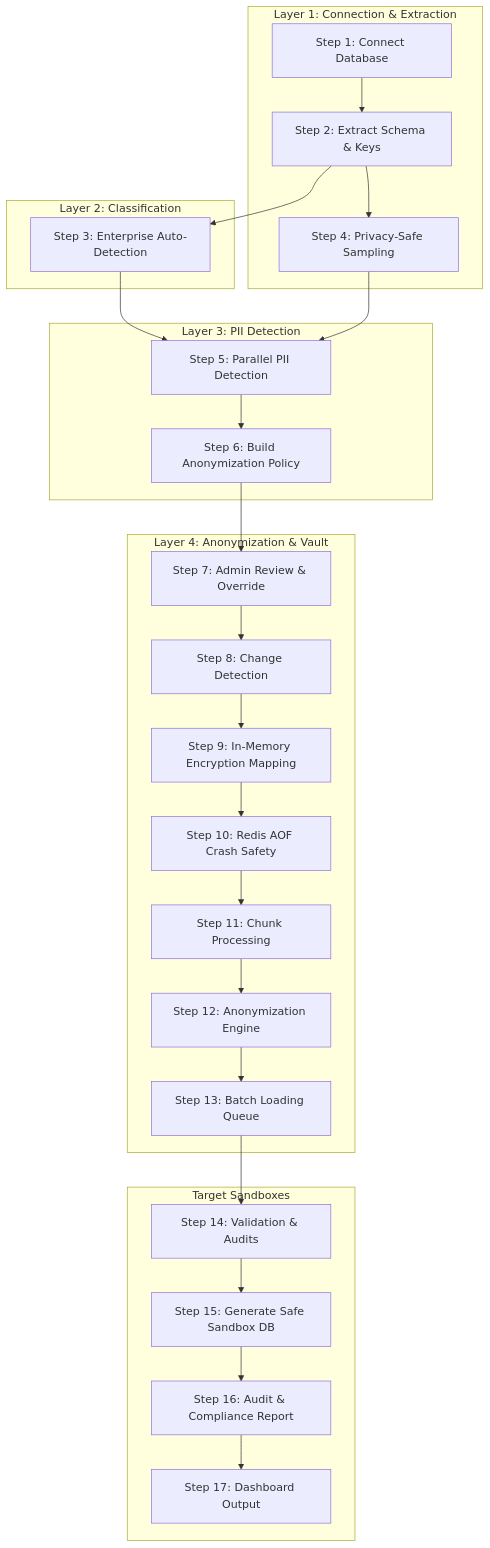
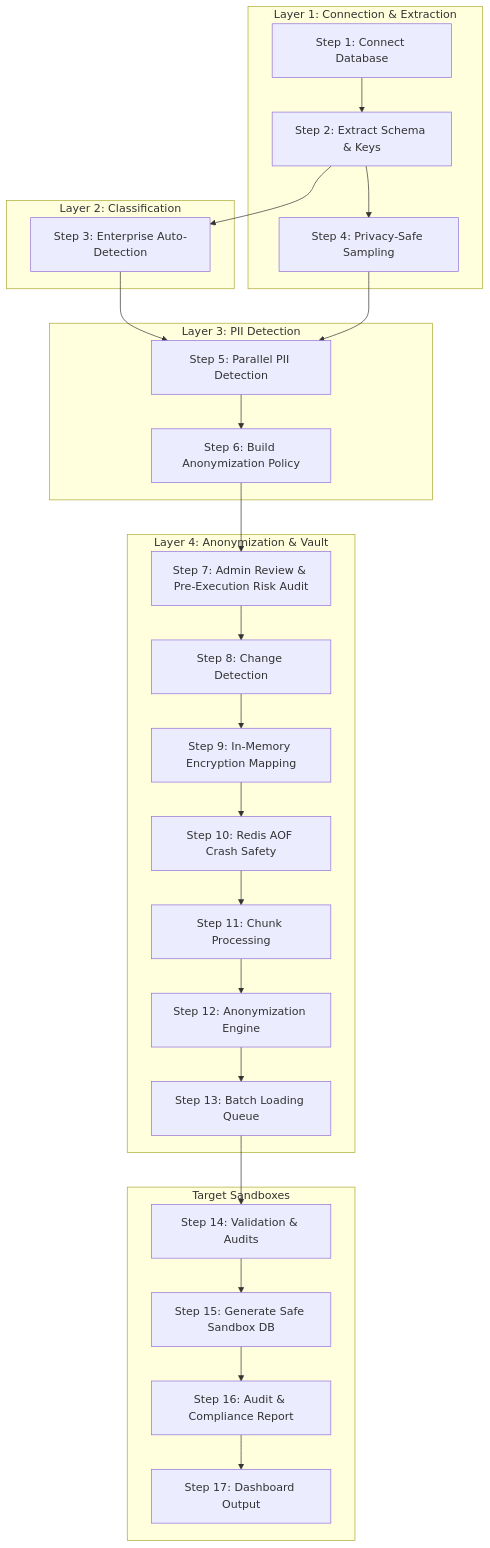
Before and after one commit to Hindhuja7/Data-Anonymization: the diagram in README.md, drawn with Mermaid. The commit also changed other lines of this file and 7 other files, not shown here.

Commit message:
Implement pre-execution risk forecasting, chunk-based validation safety net, and compliance audit reports (Steps 7, 14, 16)

````diff
--- a/README.md
+++ b/README.md
@@ -62,33 +62,32 @@
 ```mermaid
 graph TD
     subgraph Layer 1: Connection & Extraction
         S1[Step 1: Connect Database] --> S2[Step 2: Extract Schema & Keys]
         S2 --> S4[Step 4: Privacy-Safe Sampling]
     end
 
     subgraph Layer 2: Classification
         S2 --> S3[Step 3: Enterprise Auto-Detection]
     end
 
     subgraph Layer 3: PII Detection
         S3 & S4 --> S5[Step 5: Parallel PII Detection]
         S5 --> S6[Step 6: Build Anonymization Policy]
     end
 
     subgraph Layer 4: Anonymization & Vault
-        S6 --> S7[Step 7: Admin Review & Override]
+        S6 --> S7[Step 7: Admin Review & Pre-Execution Risk Audit]
         S7 --> S8[Step 8: Change Detection]
         S8 --> S9[Step 9: In-Memory Encryption Mapping]
         S9 --> S10[Step 10: Redis AOF Crash Safety]
         S10 --> S11[Step 11: Chunk Processing]
         S11 --> S12[Step 12: Anonymization Engine]
         S12 --> S13[Step 13: Batch Loading Queue]
     end
-
     subgraph Target Sandboxes
         S13 --> S14[Step 14: Validation & Audits]
         S14 --> S15[Step 15: Generate Safe Sandbox DB]
         S15 --> S16[Step 16: Audit & Compliance Report]
         S16 --> S17[Step 17: Dashboard Output]
     end
 ```
````
